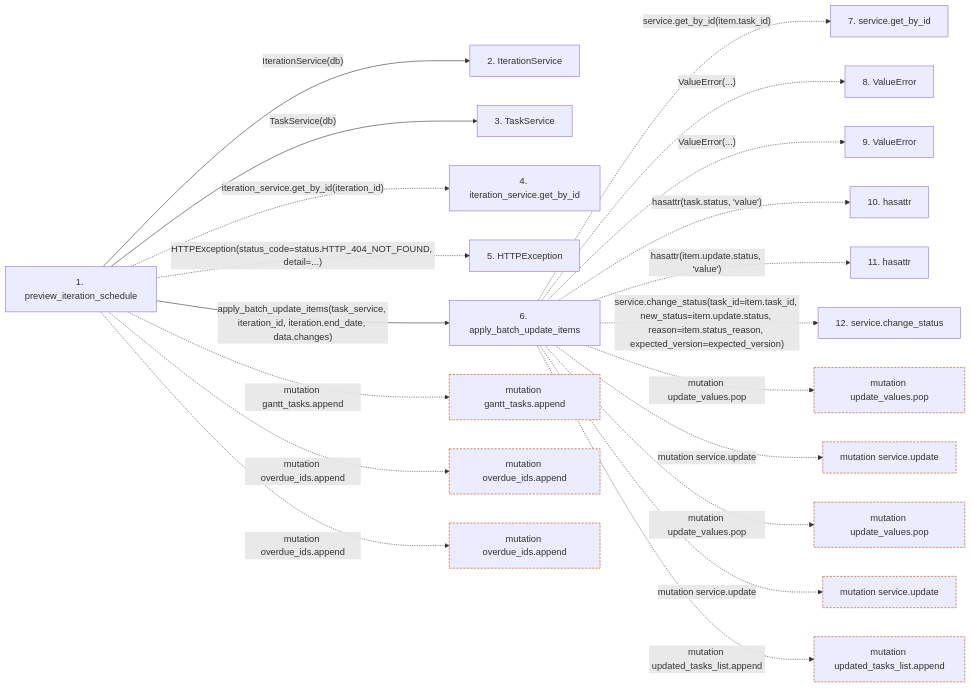
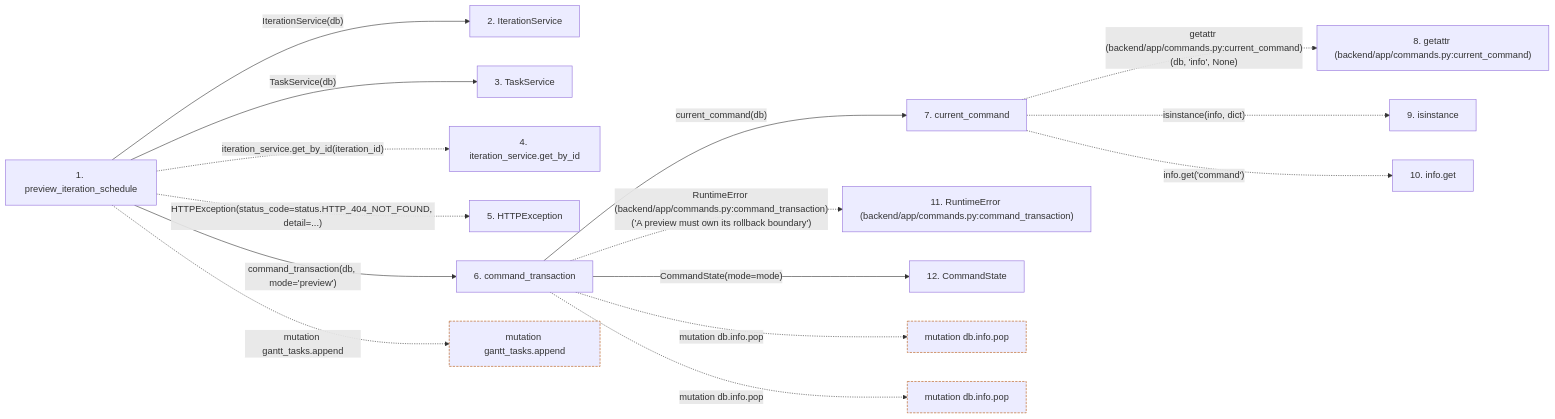
The second of 2 diagrams in docs/llm_wiki/flows/http-preview_iteration_schedule.md (Denissvgn/WorkChord), drawn with Mermaid before and after one commit. The commit also changed other lines of this file and 958 other files, not shown here.

First line of the commit message:
docs(wiki): refresh identity and recovery architecture

````diff
--- a/docs/llm_wiki/flows/http-preview_iteration_schedule.md
+++ b/docs/llm_wiki/flows/http-preview_iteration_schedule.md
@@ -80,55 +89,42 @@
 ```mermaid
 flowchart LR
     s1["1. preview_iteration_schedule"]
     s2["2. IterationService"]
     s3["3. TaskService"]
     s4["4. iteration_service.get_by_id"]
     s5["5. HTTPException"]
-    s6["6. apply_batch_update_items"]
-    s7["7. service.get_by_id"]
-    s8["8. ValueError"]
-    s9["9. ValueError"]
-    s10["10. hasattr"]
-    s11["11. hasattr"]
-    s12["12. service.change_status"]
+    s6["6. command_transaction"]
+    s7["7. current_command"]
+    s8["8. getattr (backend/app/commands.py:current_command)"]
+    s9["9. isinstance"]
+    s10["10. info.get"]
+    s11["11. RuntimeError (backend/app/commands.py:command_transaction)"]
+    s12["12. CommandState"]
     s1 -->|"IterationService(db)"| s2
     s1 -->|"TaskService(db)"| s3
     s1 -. "iteration_service.get_by_id(iteration_id)" .-> s4
     s1 -. "HTTPException(status_code=status.HTTP_404_NOT_FOUND, detail=...)" .-> s5
-    s1 -->|"apply_batch_update_items(task_service, iteration_id, iteration.end_date, data.changes)"| s6
-    s6 -. "service.get_by_id(item.task_id)" .-> s7
-    s6 -. "ValueError(...)" .-> s8
-    s6 -. "ValueError(...)" .-> s9
-    s6 -. "hasattr(task.status, 'value')" .-> s10
-    s6 -. "hasattr(item.update.status, 'value')" .-> s11
-    s6 -. "service.change_status(task_id=item.task_id, new_status=item.update.status, reason=item.status_reason, expected_version=expected_version)" .-> s12
+    s1 -->|"command_transaction(db, mode='preview')"| s6
+    s6 -->|"current_command(db)"| s7
+    s7 -. "getattr (backend/app/commands.py:current_command)(db, 'info', None)" .-> s8
+    s7 -. "isinstance(info, dict)" .-> s9
+    s7 -. "info.get('command')" .-> s10
+    s6 -. "RuntimeError (backend/app/commands.py:command_transaction)('A preview must own its rollback boundary')" .-> s11
+    s6 -->|"CommandState(mode=mode)"| s12
     b0["mutation gantt_tasks.append"]
     s1 -. "mutation gantt_tasks.append" .-> b0
-    b1["mutation overdue_ids.append"]
-    s1 -. "mutation overdue_ids.append" .-> b1
-    b2["mutation overdue_ids.append"]
-    s1 -. "mutation overdue_ids.append" .-> b2
-    b3["mutation update_values.pop"]
-    s6 -. "mutation update_values.pop" .-> b3
-    b4["mutation service.update"]
-    s6 -. "mutation service.update" .-> b4
-    b5["mutation update_values.pop"]
-    s6 -. "mutation update_values.pop" .-> b5
-    b6["mutation service.update"]
-    s6 -. "mutation service.update" .-> b6
-    b7["mutation updated_tasks_list.append"]
-    s6 -. "mutation updated_tasks_list.append" .-> b7
+    b1["mutation db.info.pop"]
+    s6 -. "mutation db.info.pop" .-> b1
+    b2["mutation db.info.pop"]
+    s6 -. "mutation db.info.pop" .-> b2
     click s1 "../modules/routers_gantt.md"
     click s2 "../modules/iteration_service.md"
     click s3 "../modules/task_service.md"
-    click s6 "../modules/tasks.md"
+    click s6 "../modules/commands.md"
+    click s7 "../modules/commands.md"
+    click s12 "../modules/commands.md"
     classDef boundary stroke:#b45309,stroke-dasharray: 4 2
     class b0 boundary
     class b1 boundary
     class b2 boundary
-    class b3 boundary
-    class b4 boundary
-    class b5 boundary
-    class b6 boundary
-    class b7 boundary
 ```
````
